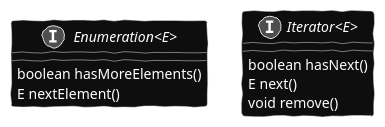
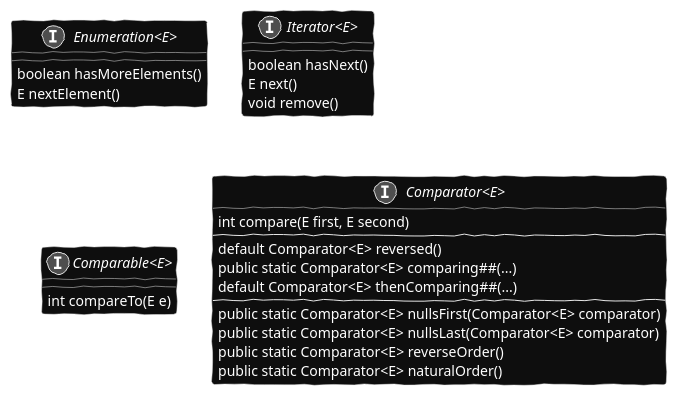
One commit to caring-coder/presentations changed the third of 15 diagrams in src/java-collections/collection.adoc. Above: the diagram before and after it, drawn with PlantUML. The commit also changed other lines of this file and 3 other files, not shown here.

```diff
--- a/src/java-collections/collection.adoc
+++ b/src/java-collections/collection.adoc
@@ -118,21 +119,38 @@
 [plantuml, align="center"]
 ----
 @startuml
 
 skinparam monochrome reverse
 skinparam handwritten true
 skinparam BackgroundColor transparent
 skinparam genericDisplay old
 
 interface Enumeration<E> {
     boolean hasMoreElements()
     E nextElement()
 }
 
 interface Iterator<E>  {
     boolean hasNext()
     E next()
     void remove()
 }
+
+interface Comparable<E>  {
+    int compareTo(E e)
+}
+
+interface Comparator<E>  {
+    int compare(E first, E second)
+    --
+    default Comparator<E> reversed()
+    public static Comparator<E> comparing##(...)
+    default Comparator<E> thenComparing##(...)
+    --
+    public static Comparator<E> nullsFirst(Comparator<E> comparator)
+    public static Comparator<E> nullsLast(Comparator<E> comparator)
+    public static Comparator<E> reverseOrder()
+    public static Comparator<E> naturalOrder()
+}
 @enduml
 ----
```
